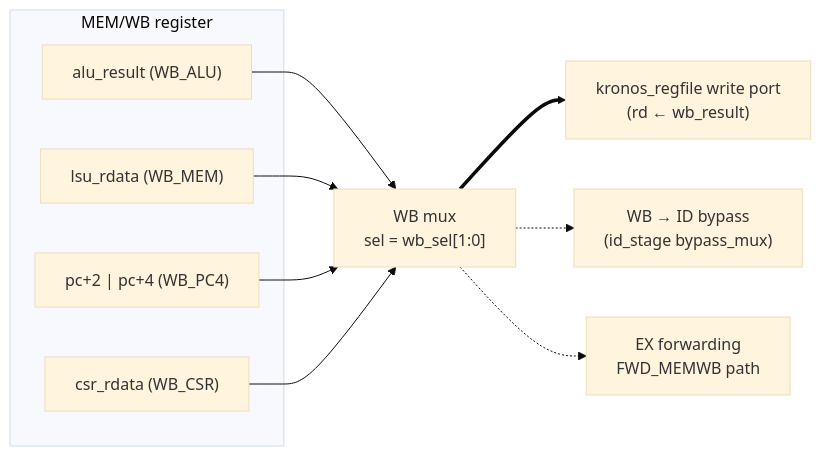
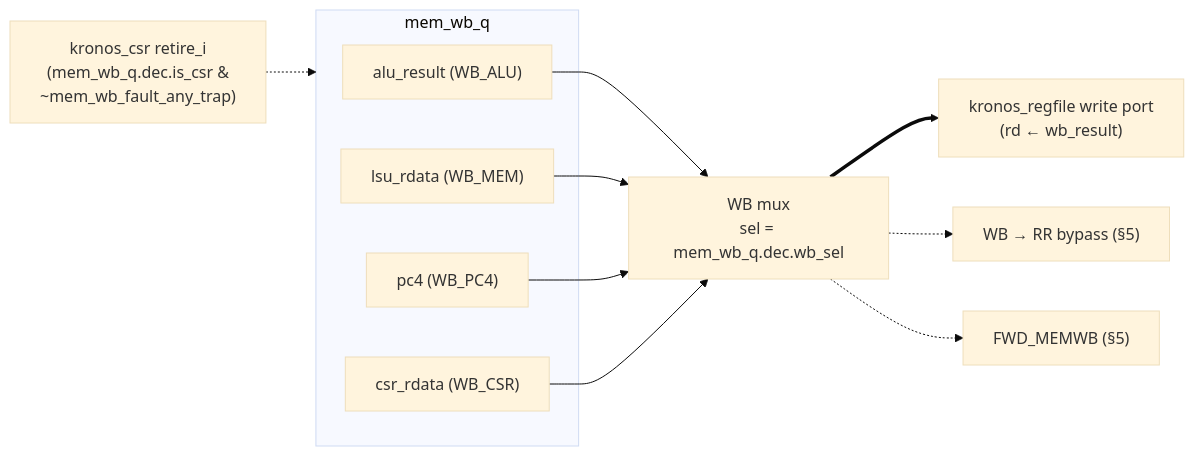
One commit to vladdum/kronos-riscv changed the eighth of 9 diagrams in docs/architecture.md. Above: the diagram before and after it, drawn with Mermaid (base theme). The commit also changed other lines of this file, not shown here.

Commit message:
docs(architecture): memory, privilege, CSR map at stage 7e

````diff
--- a/docs/architecture.md
+++ b/docs/architecture.md
@@ -469,13 +624,15 @@
 ```mermaid
+%% depicts: stage7e
 flowchart LR
-    subgraph memwb["MEM/WB register"]
+    subgraph memwb["mem_wb_q"]
         alu_src["alu_result (WB_ALU)"]
         lsu_src["lsu_rdata (WB_MEM)"]
-        pc_src["pc+2 | pc+4 (WB_PC4)"]
+        pc_src["pc4 (WB_PC4)"]
         csr_src["csr_rdata (WB_CSR)"]
     end
-    alu_src & lsu_src & pc_src & csr_src --> wbmux["WB mux<br>sel = wb_sel[1:0]"]
+    alu_src & lsu_src & pc_src & csr_src --> wbmux["WB mux<br>sel = mem_wb_q.dec.wb_sel"]
     wbmux ==> rf["kronos_regfile write port<br>(rd ← wb_result)"]
-    wbmux -.-> byp["WB → ID bypass<br>(id_stage bypass_mux)"]
-    wbmux -.-> fwd["EX forwarding<br>FWD_MEMWB path"]
+    wbmux -.-> byp["WB → RR bypass (§5)"]
+    wbmux -.-> fwd["FWD_MEMWB (§5)"]
+    csr_commit["kronos_csr retire_i<br>(mem_wb_q.dec.is_csr &<br>~mem_wb_fault_any_trap)"] -.-> memwb
 ```
````
